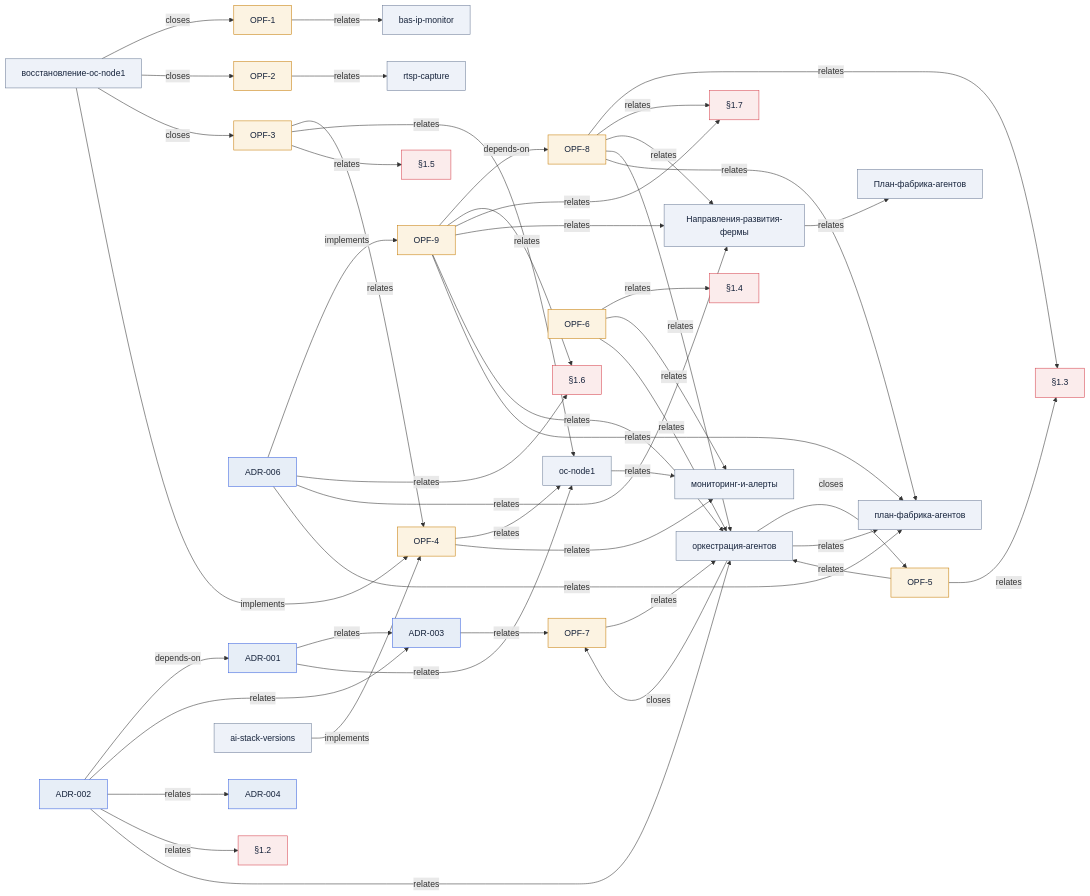
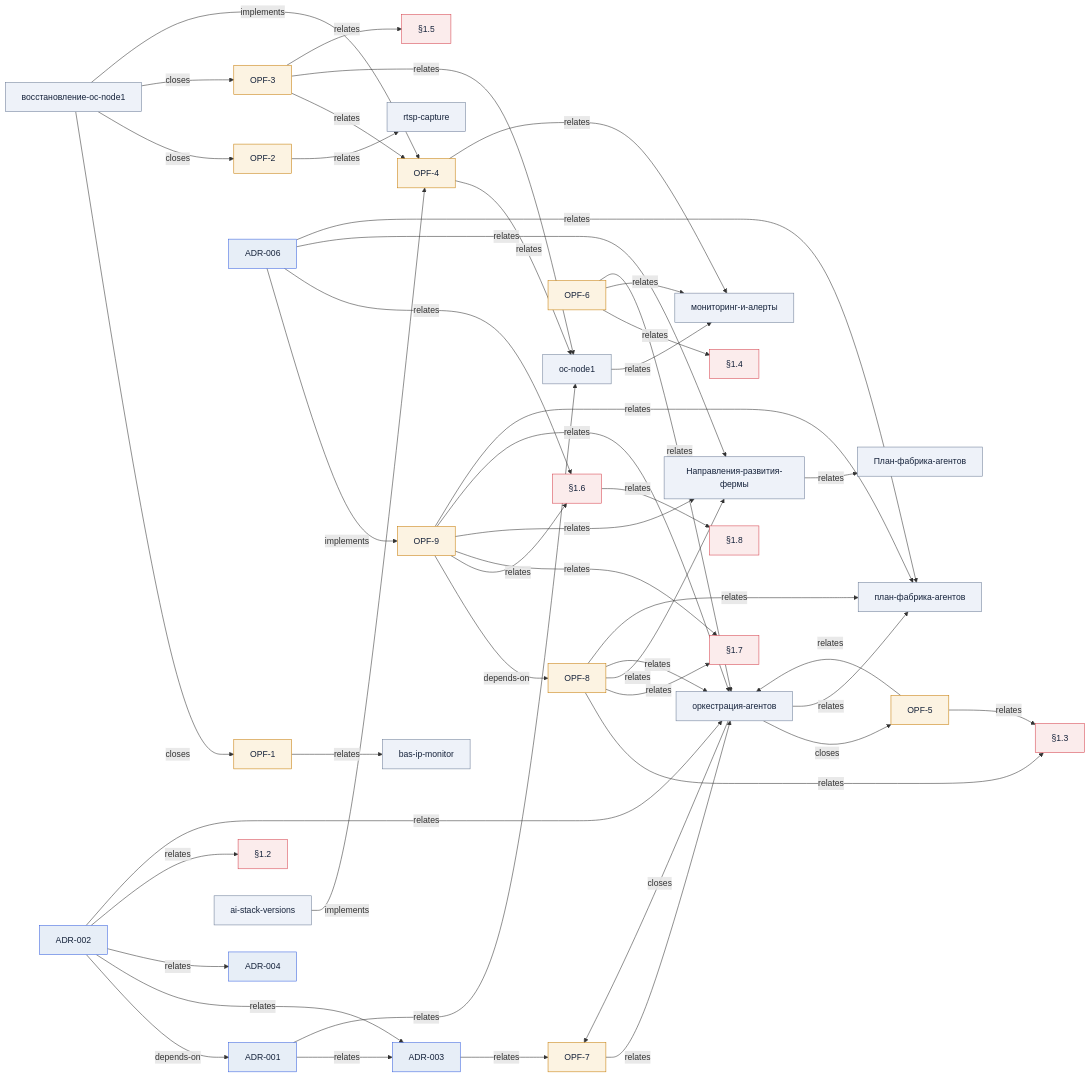
One commit to ikrajushkin/OpenClawAgentFarm changed the diagram in docs/Граф-знаний.md. Above: the diagram before and after it, drawn with Mermaid. The commit also changed other lines of this file and 4 other files, not shown here.

```diff
--- a/docs/Граф-знаний.md
+++ b/docs/Граф-знаний.md
@@ -33,8 +33,9 @@
   n25["OPF-8"]:::debt
   n26["§1.7"]:::incident
   n27["ai-stack-versions"]:::concept
-  n28["План-фабрика-агентов"]:::concept
-  n29["восстановление-oc-node1"]:::concept
+  n28["§1.8"]:::incident
+  n29["План-фабрика-агентов"]:::concept
+  n30["восстановление-oc-node1"]:::concept
   n0 -->|relates| n1
   n0 -->|relates| n2
   n3 -->|depends-on| n0
@@ -73,11 +74,12 @@
   n9 -->|relates| n12
   n27 -->|implements| n18
   n2 -->|relates| n20
-  n11 -->|relates| n28
-  n29 -->|closes| n13
-  n29 -->|closes| n15
-  n29 -->|closes| n17
-  n29 -->|implements| n18
+  n10 -->|relates| n28
+  n11 -->|relates| n29
+  n30 -->|closes| n13
+  n30 -->|closes| n15
+  n30 -->|closes| n17
+  n30 -->|implements| n18
   n6 -->|closes| n21
   n6 -->|closes| n7
   n6 -->|relates| n12
```
